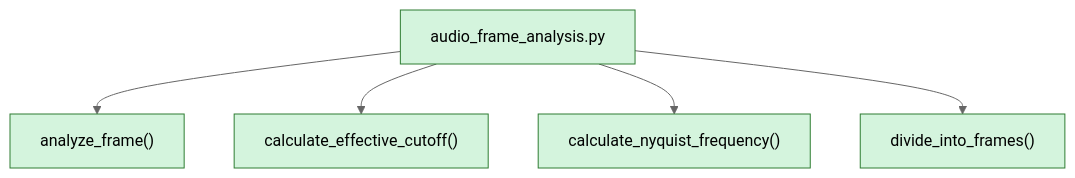
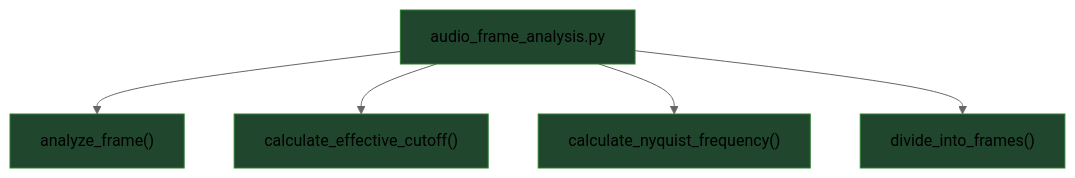
One commit to Mandache-Eduard/flac-authenticator changed the diagram in docs/audio_frame_analysis.md. Above: the diagram before and after it, drawn with Mermaid (neutral theme). The commit also changed other lines of this file and 5 other files, not shown here.

````diff
--- a/docs/audio_frame_analysis.md
+++ b/docs/audio_frame_analysis.md
@@ -14,15 +113,15 @@
 ```mermaid
 flowchart TD
-    classDef ok fill:#d4f4dd,stroke:#2e7d32;
-    classDef err fill:#fde0e0,stroke:#c62828;
+    classDef ok fill:#20462d,stroke:#2e7d32;
+    classDef err fill:#a1362a,stroke:#c62828;
 
     M["audio_frame_analysis.py"]:::ok
     F_analyze_frame["analyze_frame()"]:::ok
     M --> F_analyze_frame
     F_calculate_effective_cutoff["calculate_effective_cutoff()"]:::ok
     M --> F_calculate_effective_cutoff
     F_calculate_nyquist_frequency["calculate_nyquist_frequency()"]:::ok
     M --> F_calculate_nyquist_frequency
     F_divide_into_frames["divide_into_frames()"]:::ok
     M --> F_divide_into_frames
 ```
````
